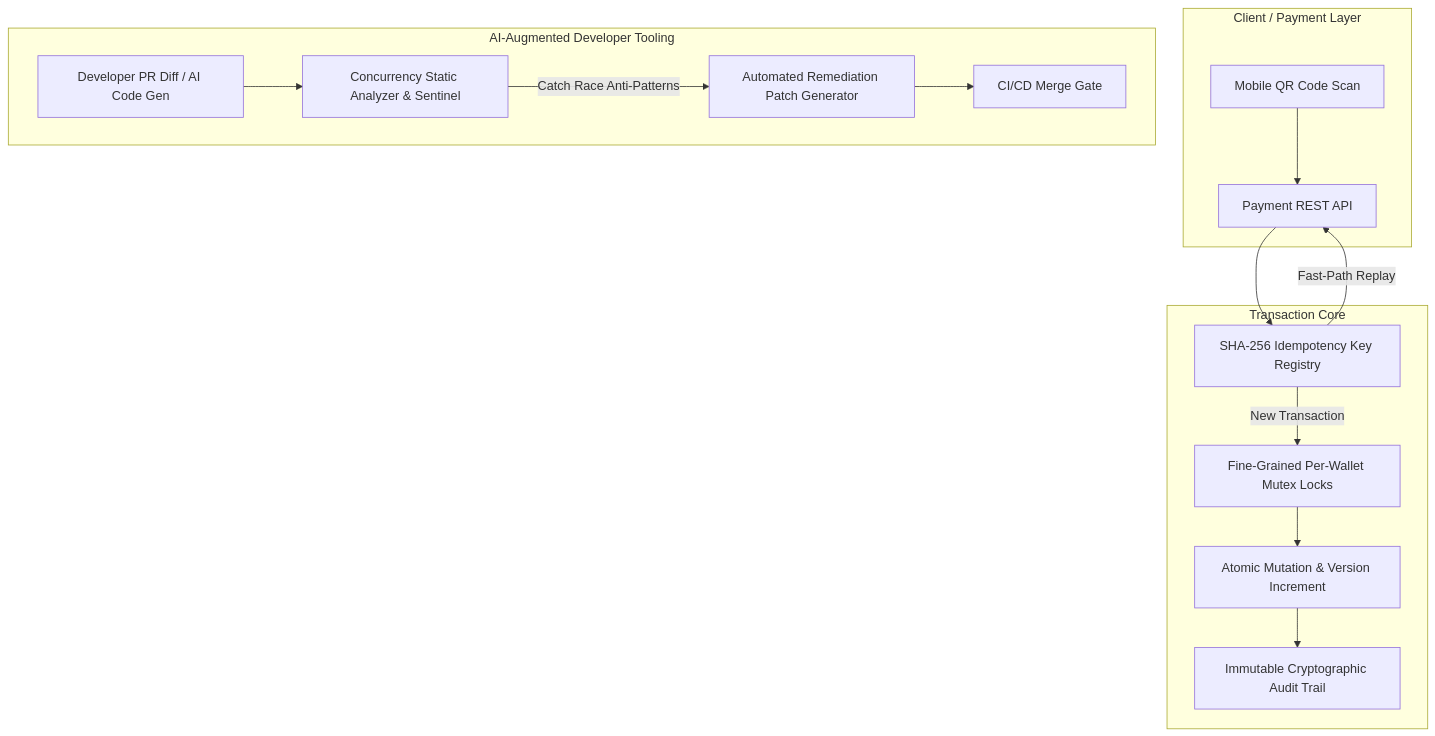
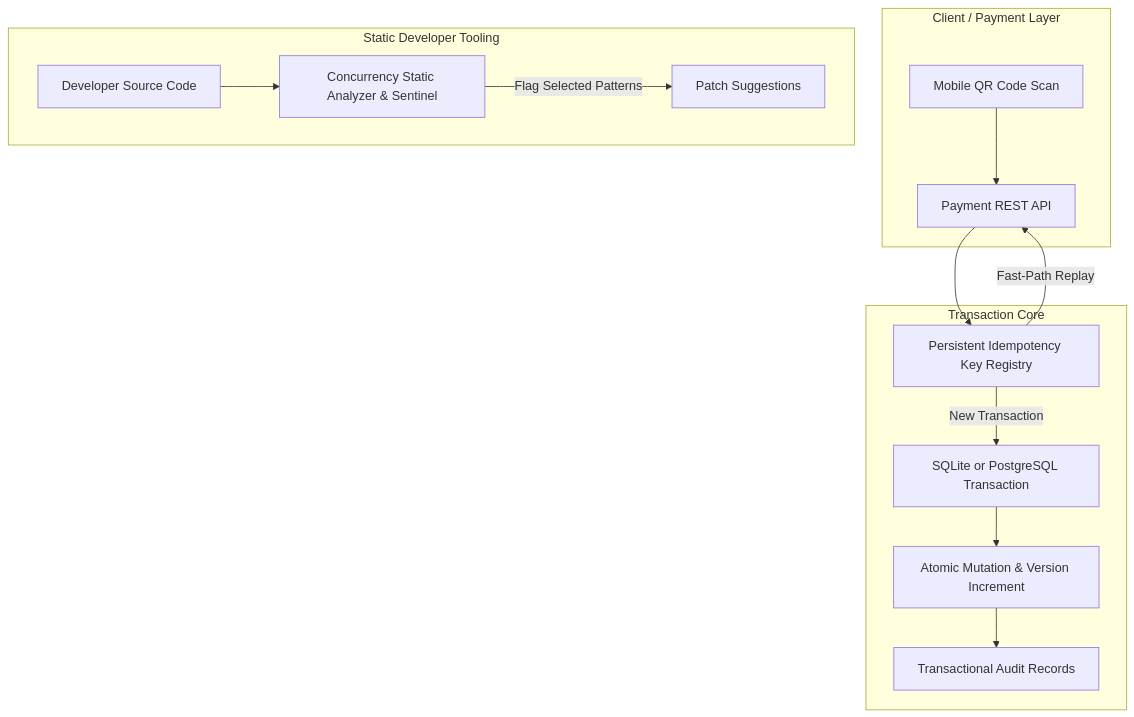
One commit to elura172/concurrency-guard-engine changed the diagram in README.md. Above: the diagram before and after it, drawn with Mermaid. The commit also changed other lines of this file and 6 other files, not shown here.

Commit message:
feat: add PostgreSQL transactional ledger backend

````diff
--- a/README.md
+++ b/README.md
@@ -30,32 +30,30 @@
 ```mermaid
 flowchart TD
     subgraph Client / Payment Layer
         QR[Mobile QR Code Scan]
         API[Payment REST API]
     end
 
     subgraph Transaction Core
-        IDEM[SHA-256 Idempotency Key Registry]
-        LOCK[Fine-Grained Per-Wallet Mutex Locks]
+        IDEM[Persistent Idempotency Key Registry]
+        LOCK[SQLite or PostgreSQL Transaction]
         LEDGER[Atomic Mutation & Version Increment]
-        AUDIT[Immutable Cryptographic Audit Trail]
+        AUDIT[Transactional Audit Records]
     end
 
-    subgraph AI-Augmented Developer Tooling
-        PR[Developer PR Diff / AI Code Gen]
+    subgraph Static Developer Tooling
+        PR[Developer Source Code]
         SENTINEL[Concurrency Static Analyzer & Sentinel]
-        PATCH[Automated Remediation Patch Generator]
-        CI[CI/CD Merge Gate]
+        PATCH[Patch Suggestions]
     end
 
     QR --> API
     API --> IDEM
     IDEM -->|Fast-Path Replay| API
     IDEM -->|New Transaction| LOCK
     LOCK --> LEDGER
     LEDGER --> AUDIT
 
     PR --> SENTINEL
-    SENTINEL -->|Catch Race Anti-Patterns| PATCH
-    PATCH --> CI
+    SENTINEL -->|Flag Selected Patterns| PATCH
 ```
````
